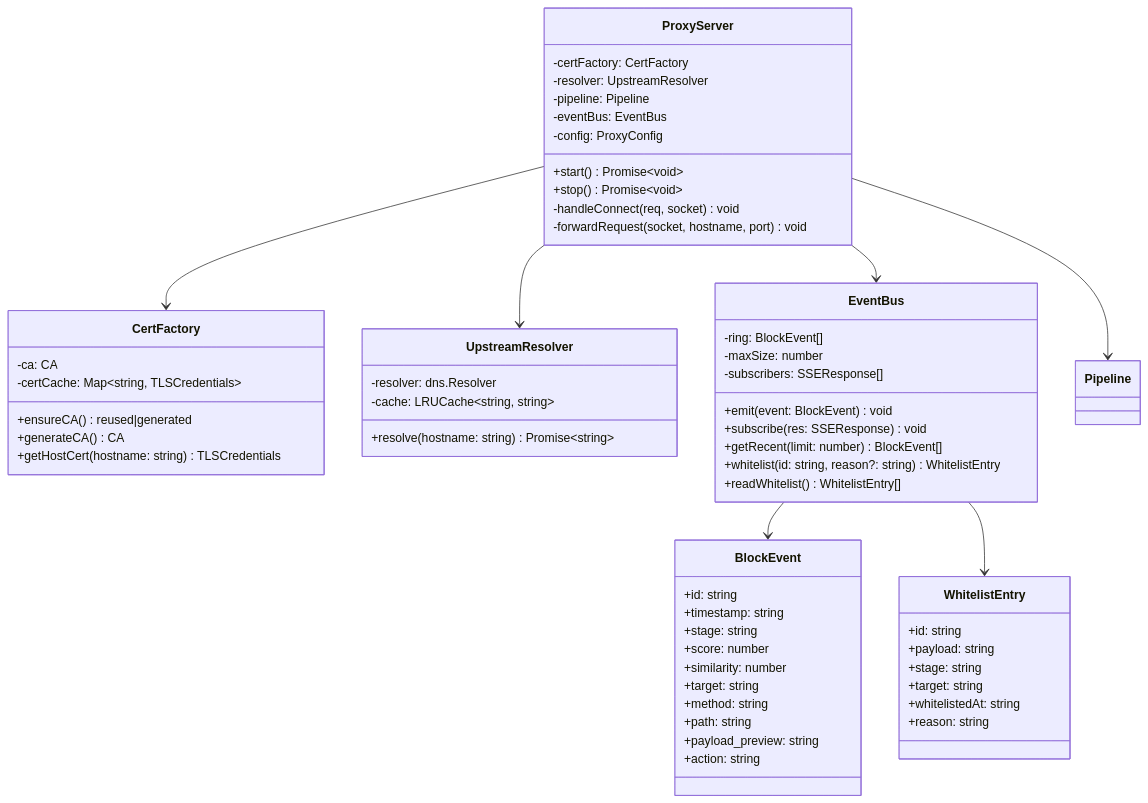
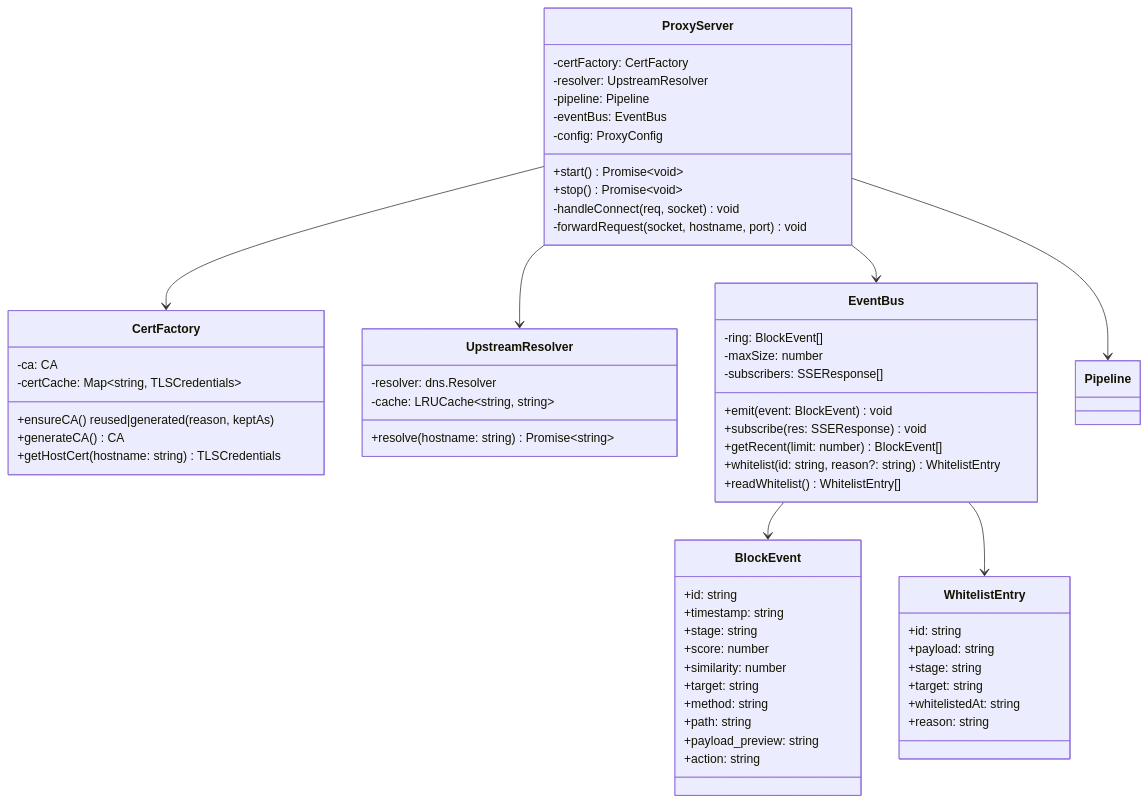
One commit to PIsberg/llm-fw changed the fourth of 11 diagrams in docs/ARCHITECTURE.md. Above: the diagram before and after it, drawn with Mermaid. The commit also changed 7 other files, not shown here.

````diff
--- a/docs/ARCHITECTURE.md
+++ b/docs/ARCHITECTURE.md
@@ -167,68 +167,68 @@
 ```mermaid
 classDiagram
     class ProxyServer {
         -certFactory: CertFactory
         -resolver: UpstreamResolver
         -pipeline: Pipeline
         -eventBus: EventBus
         -config: ProxyConfig
         +start() Promise~void~
         +stop() Promise~void~
         -handleConnect(req, socket) void
         -forwardRequest(socket, hostname, port) void
     }
 
     class CertFactory {
         -ca: CA
         -certCache: Map~string, TLSCredentials~
-        +ensureCA() reused|generated
+        +ensureCA() reused|generated (reason, keptAs)
         +generateCA() CA
         +getHostCert(hostname: string) TLSCredentials
     }
 
     class UpstreamResolver {
         -resolver: dns.Resolver
         -cache: LRUCache~string, string~
         +resolve(hostname: string) Promise~string~
     }
 
     class EventBus {
         -ring: BlockEvent[]
         -maxSize: number
         -subscribers: SSEResponse[]
         +emit(event: BlockEvent) void
         +subscribe(res: SSEResponse) void
         +getRecent(limit: number) BlockEvent[]
         +whitelist(id: string, reason?: string) WhitelistEntry
         +readWhitelist() WhitelistEntry[]
     }
 
     class WhitelistEntry {
         +id: string
         +payload: string
         +stage: string
         +target: string
         +whitelistedAt: string
         +reason: string
     }
 
     class BlockEvent {
         +id: string
         +timestamp: string
         +stage: string
         +score: number
         +similarity: number
         +target: string
         +method: string
         +path: string
         +payload_preview: string
         +action: string
     }
 
     ProxyServer --> CertFactory
     ProxyServer --> UpstreamResolver
     ProxyServer --> Pipeline
     ProxyServer --> EventBus
     EventBus --> BlockEvent
     EventBus --> WhitelistEntry
 ```
````
